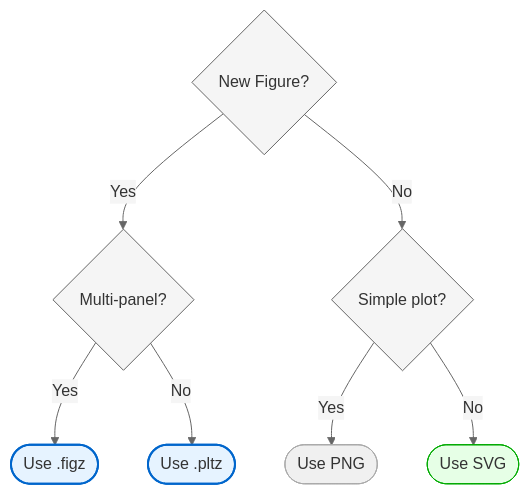
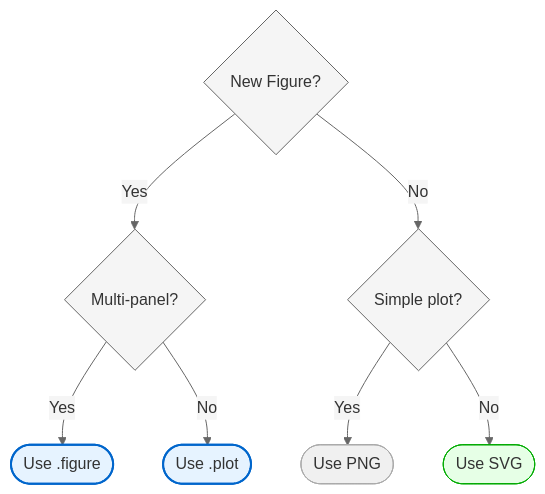
One commit to ywatanabe1989/scitex-python changed the diagram in src/scitex/diagram/.dev/output/decision_tree.mmd. Above: the diagram before and after it, drawn with Mermaid. The commit also changed 93 other files, not shown here.

```diff
--- a/src/scitex/diagram/.dev/output/decision_tree.mmd
+++ b/src/scitex/diagram/.dev/output/decision_tree.mmd
@@ -1,19 +1,19 @@
 %%{init: {"theme": "base", "themeVariables": {"primaryColor": "#f5f5f5", "primaryTextColor": "#333333", "primaryBorderColor": "#666666", "lineColor": "#666666"}}}%%
 graph TB
     start{"New Figure?"}
     multipanel{"Multi-panel?"}
-    use_figz(["Use .figz"])
-    use_pltz(["Use .pltz"])
+    use_figz(["Use .figure"])
+    use_pltz(["Use .plot"])
     simple{"Simple plot?"}
     use_png(["Use PNG"])
     use_svg(["Use SVG"])
     start -->|"Yes"| multipanel
     multipanel -->|"Yes"| use_figz
     multipanel -->|"No"| use_pltz
     start -->|"No"| simple
     simple -->|"Yes"| use_png
     simple -->|"No"| use_svg
     style use_figz fill:#e6f3ff,stroke:#0066cc,stroke-width:2px
     style use_pltz fill:#e6f3ff,stroke:#0066cc,stroke-width:2px
     style use_png fill:#f0f0f0,stroke:#aaaaaa
     style use_svg fill:#e6ffe6,stroke:#00aa00
```
